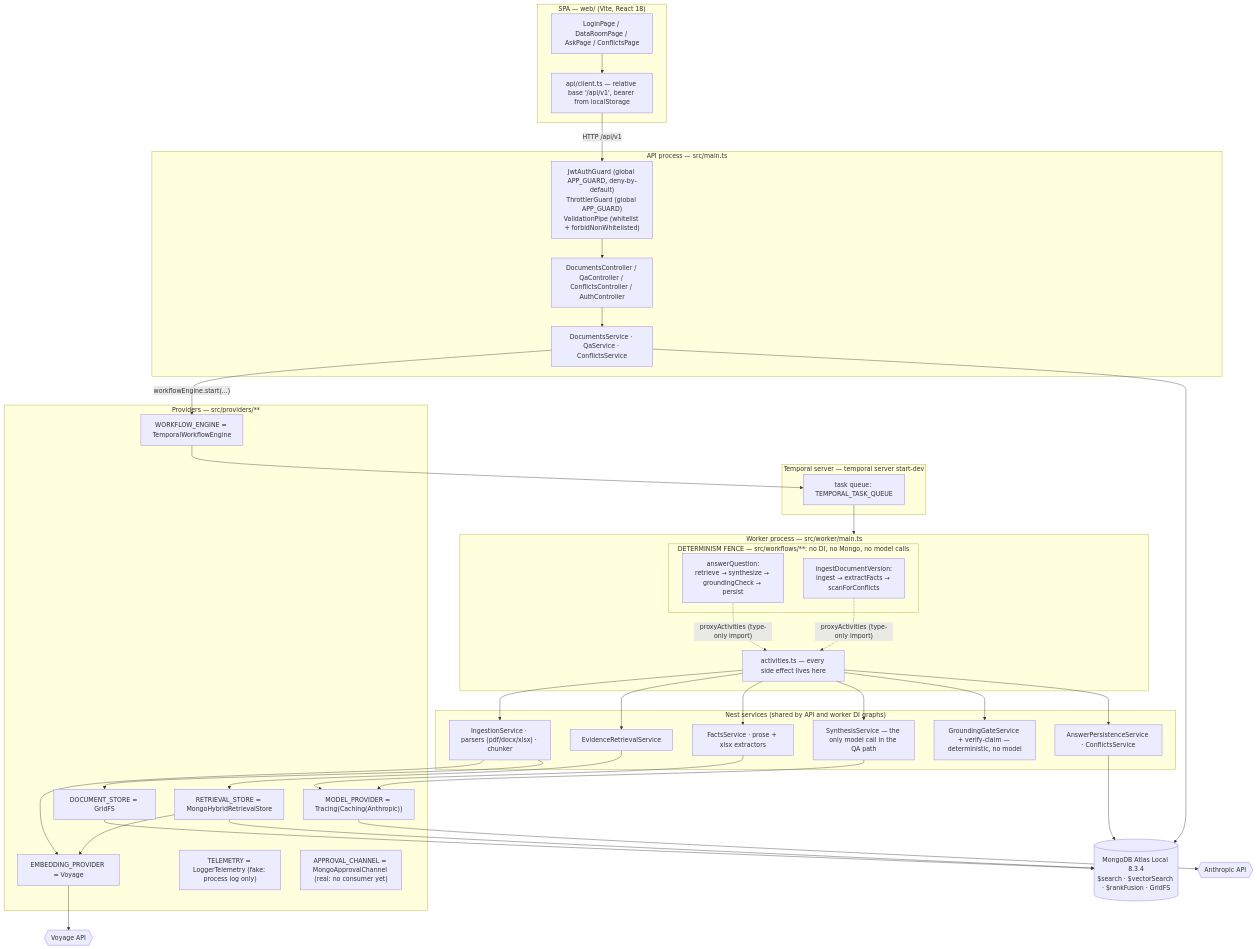
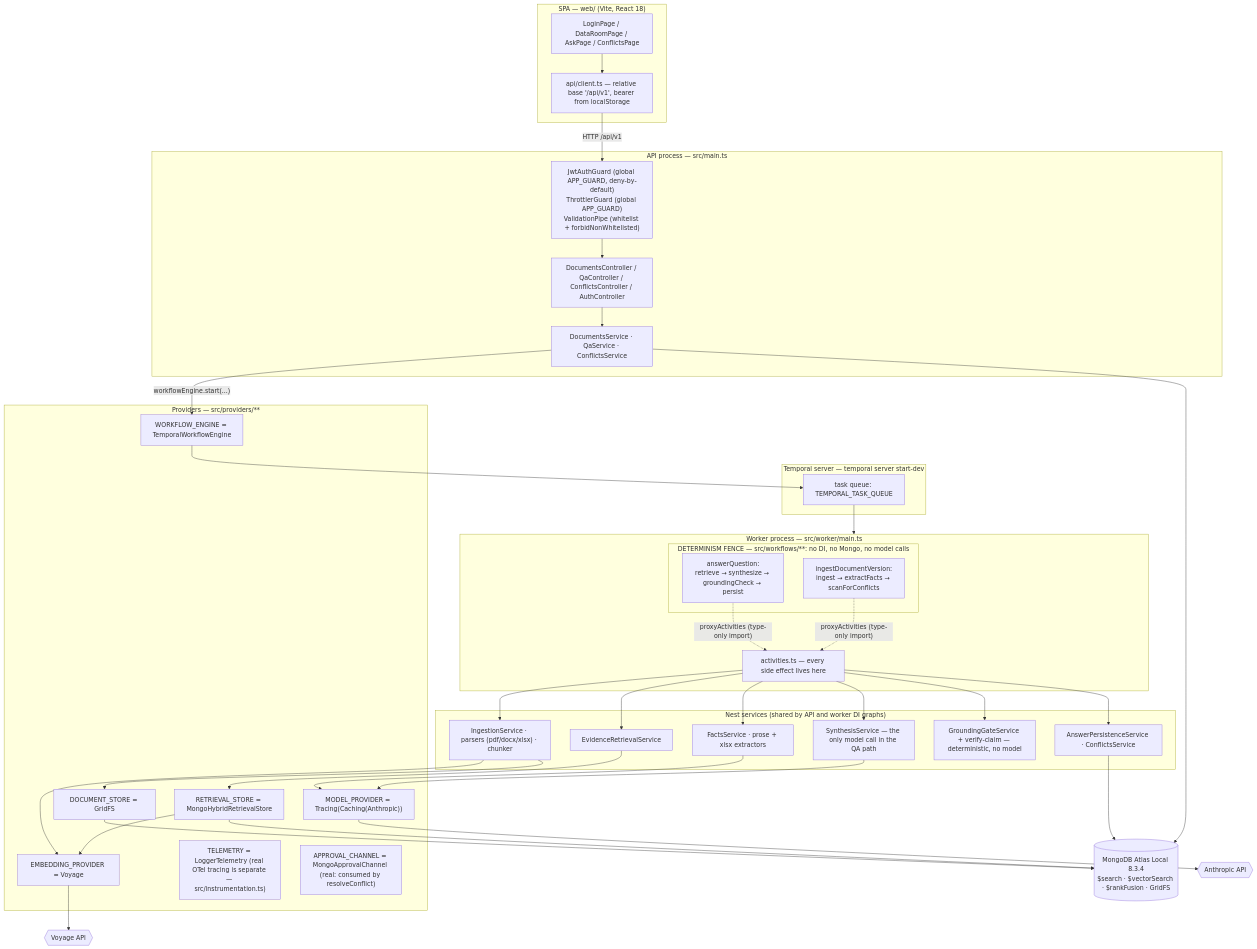
The first of 2 diagrams in docs/architecture.md (DannyTheHippo/evidence-ops), drawn with Mermaid before and after one commit. The commit also changed other lines of this file and 11 other files, not shown here.

````diff
--- a/docs/architecture.md
+++ b/docs/architecture.md
@@ -17,70 +17,70 @@
 ```mermaid
 flowchart TB
   subgraph SPA["SPA — web/ (Vite, React 18)"]
     Pages["LoginPage / DataRoomPage / AskPage / ConflictsPage"]
     Client["api/client.ts — relative base '/api/v1', bearer from localStorage"]
     Pages --> Client
   end
 
   subgraph API["API process — src/main.ts"]
     Guards["JwtAuthGuard (global APP_GUARD, deny-by-default)<br/>ThrottlerGuard (global APP_GUARD)<br/>ValidationPipe (whitelist + forbidNonWhitelisted)"]
     Ctrls["DocumentsController / QaController / ConflictsController / AuthController"]
     ApiSvc["DocumentsService · QaService · ConflictsService"]
     Guards --> Ctrls --> ApiSvc
   end
 
   subgraph Temporal["Temporal server — temporal server start-dev"]
     Queue["task queue: TEMPORAL_TASK_QUEUE"]
   end
 
   subgraph Worker["Worker process — src/worker/main.ts"]
     subgraph Det["DETERMINISM FENCE — src/workflows/**: no DI, no Mongo, no model calls"]
       WF1["ingestDocumentVersion:<br/>ingest → extractFacts → scanForConflicts"]
       WF2["answerQuestion:<br/>retrieve → synthesize → groundingCheck → persist"]
     end
     Acts["activities.ts — every side effect lives here"]
     WF1 -. "proxyActivities (type-only import)" .-> Acts
     WF2 -. "proxyActivities (type-only import)" .-> Acts
   end
 
   subgraph Services["Nest services (shared by API and worker DI graphs)"]
     Ing["IngestionService · parsers (pdf/docx/xlsx) · chunker"]
     Facts["FactsService · prose + xlsx extractors"]
     Retr["EvidenceRetrievalService"]
     Syn["SynthesisService — the only model call in the QA path"]
     Gate["GroundingGateService + verify-claim — deterministic, no model"]
     Persist["AnswerPersistenceService · ConflictsService"]
   end
 
   subgraph Providers["Providers — src/providers/**"]
     Model["MODEL_PROVIDER = Tracing(Caching(Anthropic))"]
     Embed["EMBEDDING_PROVIDER = Voyage"]
     Store["RETRIEVAL_STORE = MongoHybridRetrievalStore"]
     Docs["DOCUMENT_STORE = GridFS"]
     Engine["WORKFLOW_ENGINE = TemporalWorkflowEngine"]
-    Tel["TELEMETRY = LoggerTelemetry (fake: process log only)"]
-    Appr["APPROVAL_CHANNEL = MongoApprovalChannel (real: no consumer yet)"]
+    Tel["TELEMETRY = LoggerTelemetry (real OTel tracing is separate — src/instrumentation.ts)"]
+    Appr["APPROVAL_CHANNEL = MongoApprovalChannel (real: consumed by resolveConflict)"]
   end
 
   Mongo[("MongoDB Atlas Local 8.3.4<br/>$search · $vectorSearch · $rankFusion · GridFS")]
   Anthropic{{"Anthropic API"}}
   Voyage{{"Voyage API"}}
 
   Client -->|"HTTP /api/v1"| Guards
   ApiSvc -->|"workflowEngine.start(...)"| Engine
   Engine --> Queue
   Queue --> Worker
   Acts --> Ing & Facts & Retr & Syn & Gate & Persist
   Syn --> Model
   Facts --> Model
   Retr --> Store
   Store --> Embed
   Ing --> Embed
   Ing --> Docs
   Model --> Anthropic
   Embed --> Voyage
   Store --> Mongo
   Docs --> Mongo
   ApiSvc --> Mongo
   Persist --> Mongo
 ```
````
